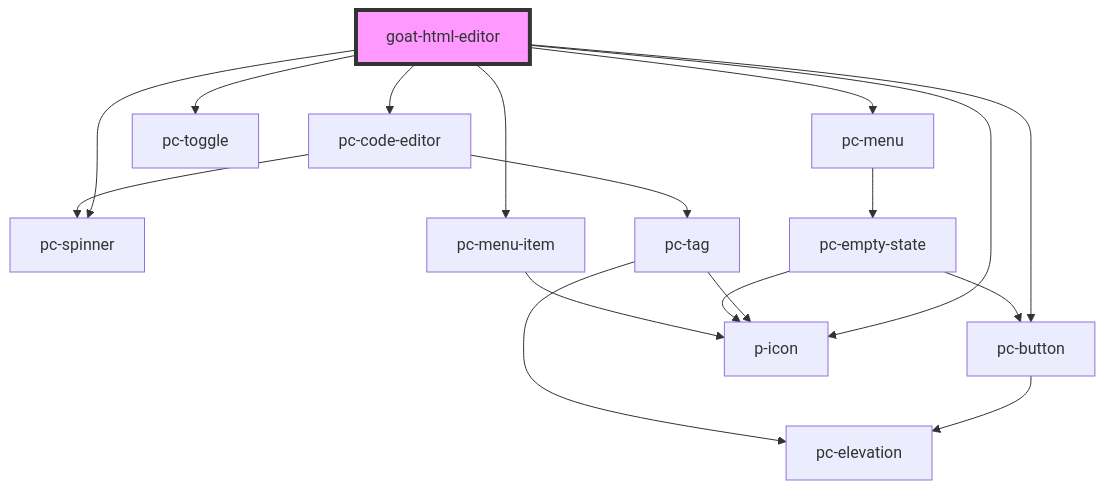
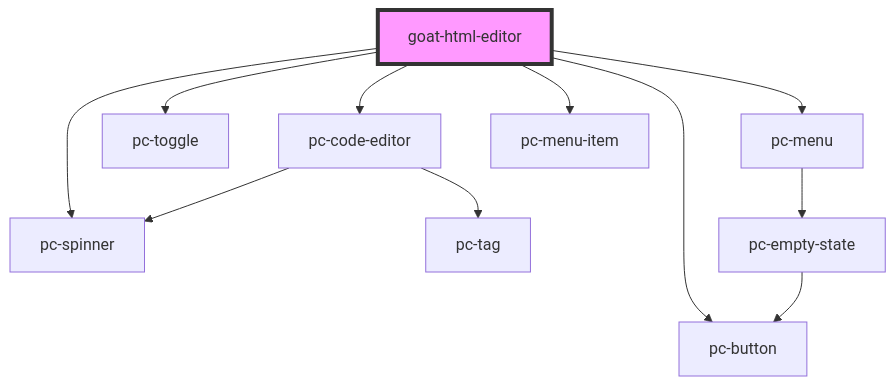
Before and after one commit to redvars/peacock: the diagram in src/components/input-controls/html-editor/readme.md, drawn with Mermaid. The commit also changed other lines of this file and 135 other files, not shown here.

````diff
--- a/src/components/input-controls/html-editor/readme.md
+++ b/src/components/input-controls/html-editor/readme.md
@@ -85,20 +84,14 @@
 ```mermaid
 graph TD;
   goat-html-editor --> pc-button
-  goat-html-editor --> p-icon
   goat-html-editor --> pc-spinner
   goat-html-editor --> pc-code-editor
   goat-html-editor --> pc-toggle
   goat-html-editor --> pc-menu
   goat-html-editor --> pc-menu-item
-  pc-button --> pc-elevation
   pc-code-editor --> pc-tag
   pc-code-editor --> pc-spinner
-  pc-tag --> p-icon
-  pc-tag --> pc-elevation
   pc-menu --> pc-empty-state
-  pc-empty-state --> p-icon
   pc-empty-state --> pc-button
-  pc-menu-item --> p-icon
   style goat-html-editor fill:#f9f,stroke:#333,stroke-width:4px
 ```
````
